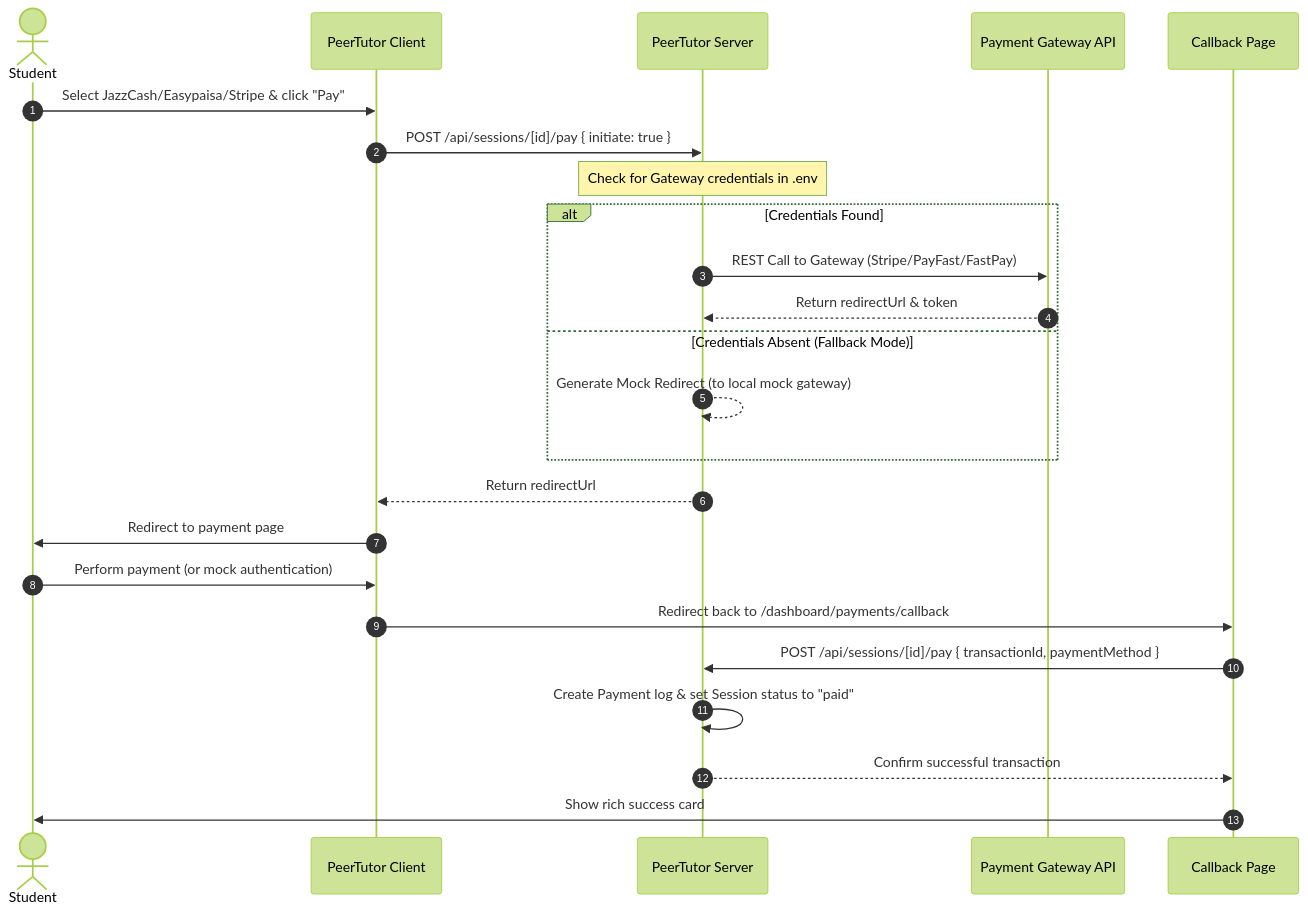
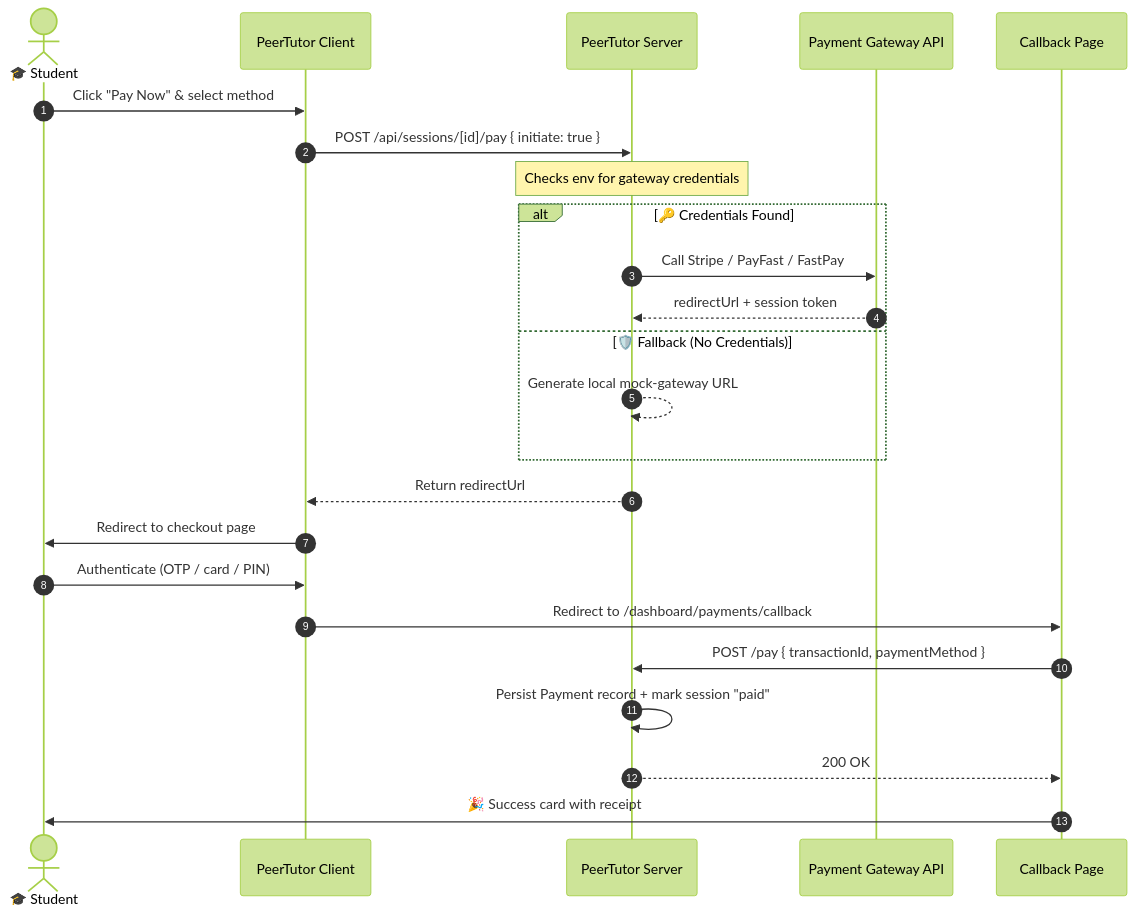
The second of 2 diagrams in README.md (HaseebUllahButt/PeerTutor), drawn with Mermaid (forest theme) before and after one commit. The commit also changed other lines of this file, not shown here.

````diff
--- a/README.md
+++ b/README.md
@@ -63,27 +103,27 @@
 ```mermaid
 sequenceDiagram
     autonumber
-    actor Student
-    participant PT_Client as PeerTutor Client
-    participant PT_Server as PeerTutor Server
-    participant Gateway as Payment Gateway API
-    participant Callback as Callback Page
+    actor 🎓 Student
+    participant Client as PeerTutor Client
+    participant Server as PeerTutor Server
+    participant GW as Payment Gateway API
+    participant CB as Callback Page
 
-    Student->>PT_Client: Select JazzCash/Easypaisa/Stripe & click "Pay"
-    PT_Client->>PT_Server: POST /api/sessions/[id]/pay { initiate: true }
-    Note over PT_Server: Check for Gateway credentials in .env
-    alt Credentials Found
-        PT_Server->>Gateway: REST Call to Gateway (Stripe/PayFast/FastPay)
-        Gateway-->>PT_Server: Return redirectUrl & token
-    else Credentials Absent (Fallback Mode)
-        PT_Server-->>PT_Server: Generate Mock Redirect (to local mock gateway)
+    🎓 Student->>Client: Click "Pay Now" & select method
+    Client->>Server: POST /api/sessions/[id]/pay { initiate: true }
+    Note over Server: Checks env for gateway credentials
+    alt 🔑 Credentials Found
+        Server->>GW: Call Stripe / PayFast / FastPay
+        GW-->>Server: redirectUrl + session token
+    else 🛡️ Fallback (No Credentials)
+        Server-->>Server: Generate local mock-gateway URL
     end
-    PT_Server-->>PT_Client: Return redirectUrl
-    PT_Client->>Student: Redirect to payment page
-    Student->>PT_Client: Perform payment (or mock authentication)
-    PT_Client->>Callback: Redirect back to /dashboard/payments/callback
-    Callback->>PT_Server: POST /api/sessions/[id]/pay { transactionId, paymentMethod }
-    PT_Server->>PT_Server: Create Payment log & set Session status to "paid"
-    PT_Server-->>Callback: Confirm successful transaction
-    Callback->>Student: Show rich success card
+    Server-->>Client: Return redirectUrl
+    Client->>🎓 Student: Redirect to checkout page
+    🎓 Student->>Client: Authenticate (OTP / card / PIN)
+    Client->>CB: Redirect to /dashboard/payments/callback
+    CB->>Server: POST /pay { transactionId, paymentMethod }
+    Server->>Server: Persist Payment record + mark session "paid"
+    Server-->>CB: 200 OK
+    CB->>🎓 Student: 🎉 Success card with receipt
 ```
````
